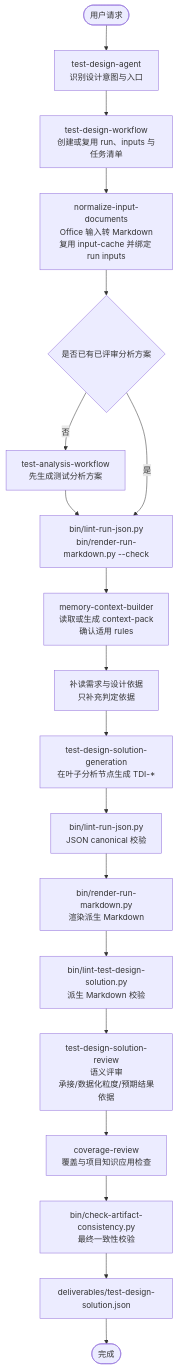
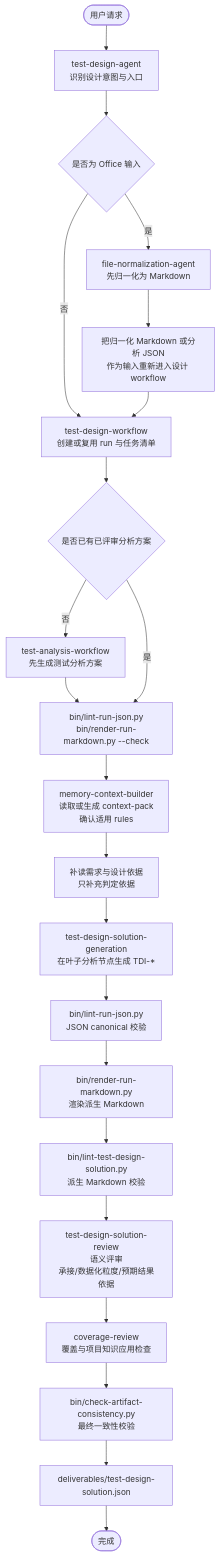
The diagram in docs/test-design-agent-design.md (szluoqy-byte/Test-Analysis-Agent-MM), drawn with Mermaid before and after one commit. The commit also changed other lines of this file and 25 other files, not shown here.

Commit message:
Split file normalization into dedicated agent

````diff
--- a/docs/test-design-agent-design.md
+++ b/docs/test-design-agent-design.md
@@ -73,22 +73,25 @@
 ```mermaid
 flowchart TD
   start(["用户请求"])
   start --> agent["test-design-agent<br/>识别设计意图与入口"]
-  agent --> main["test-design-workflow<br/>创建或复用 run、inputs 与任务清单"]
-  main --> normalize["normalize-input-documents<br/>Office 输入转 Markdown<br/>复用 input-cache 并绑定 run inputs"]
-  normalize --> hasAnalysis{"是否已有已评审分析方案"}
+  agent --> office{"是否为 Office 输入"}
+  office -- 是 --> fileAgent["file-normalization-agent<br/>先归一化为 Markdown"]
+  fileAgent --> restart["把归一化 Markdown 或分析 JSON<br/>作为输入重新进入设计 workflow"]
+  office -- 否 --> main["test-design-workflow<br/>创建或复用 run 与任务清单"]
+  restart --> main
+  main --> hasAnalysis{"是否已有已评审分析方案"}
   hasAnalysis -- 否 --> analysis["test-analysis-workflow<br/>先生成测试分析方案"]
   analysis --> analysisCheck["bin/lint-run-json.py<br/>bin/render-run-markdown.py --check"]
   hasAnalysis -- 是 --> analysisCheck
   analysisCheck --> ctx["memory-context-builder<br/>读取或生成 context-pack<br/>确认适用 rules"]
   ctx --> basis["补读需求与设计依据<br/>只补充判定依据"]
   basis --> generation["test-design-solution-generation<br/>在叶子分析节点生成 TDI-*"]
   generation --> jsonLint["bin/lint-run-json.py<br/>JSON canonical 校验"]
   jsonLint --> render["bin/render-run-markdown.py<br/>渲染派生 Markdown"]
   render --> lint["bin/lint-test-design-solution.py<br/>派生 Markdown 校验"]
   lint --> review["test-design-solution-review<br/>语义评审<br/>承接/数据化粒度/预期结果依据"]
   review --> coverage["coverage-review<br/>覆盖与项目知识应用检查"]
   coverage --> consistency["bin/check-artifact-consistency.py<br/>最终一致性校验"]
   consistency --> output["deliverables/test-design-solution.json"]
   output --> finish(["完成"])
 ```
````
